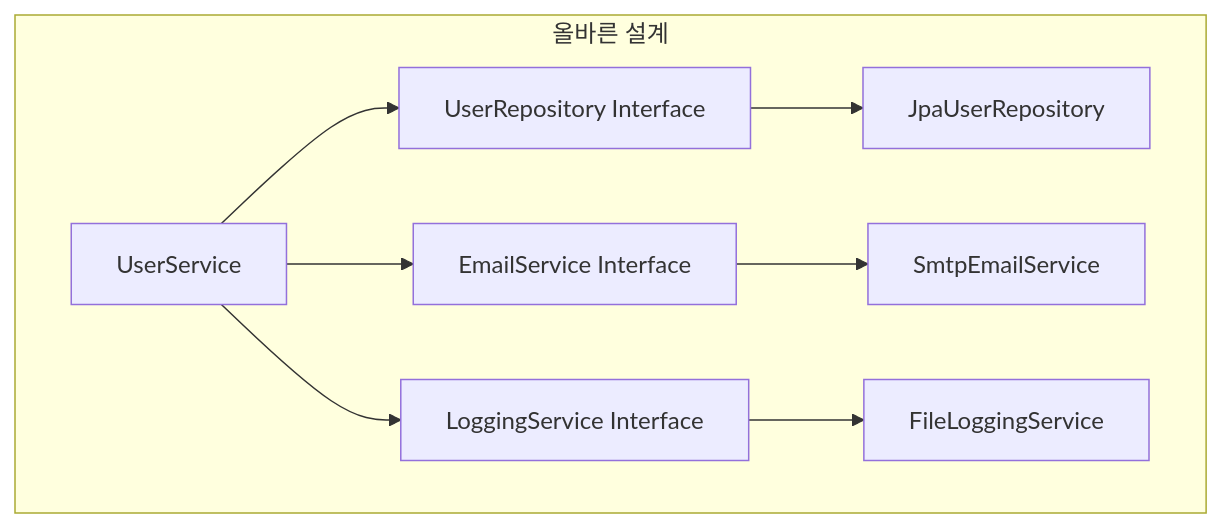
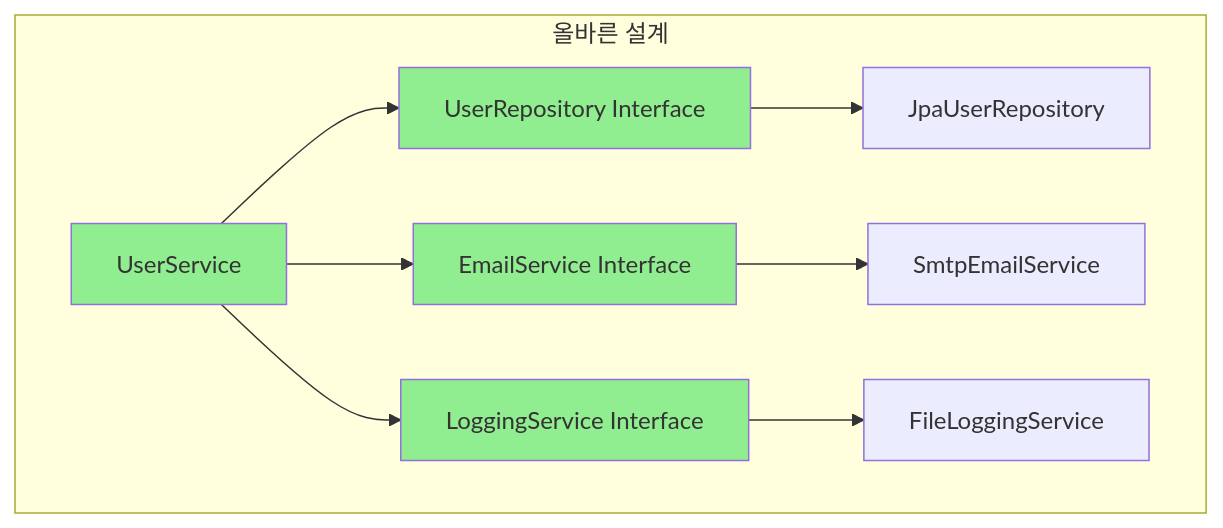
The fifth of 6 diagrams in 03.SOLID.md (schooldevops/interview-spring-java-kotlin), drawn with Mermaid before and after one commit.

Commit message:
add solid

````diff
--- a/03.SOLID.md
+++ b/03.SOLID.md
@@ -581,12 +583,17 @@
 ```mermaid
 graph TB    
     subgraph "올바른 설계"
         E[UserService] --> F[UserRepository Interface]
         E --> G[EmailService Interface]
         E --> H[LoggingService Interface]
         
         F --> I[JpaUserRepository]
         G --> J[SmtpEmailService]
         H --> K[FileLoggingService]
     end
+
+    style E fill:#90EE90
+    style F fill:#90EE90
+    style G fill:#90EE90
+    style H fill:#90EE90
 ```
````
